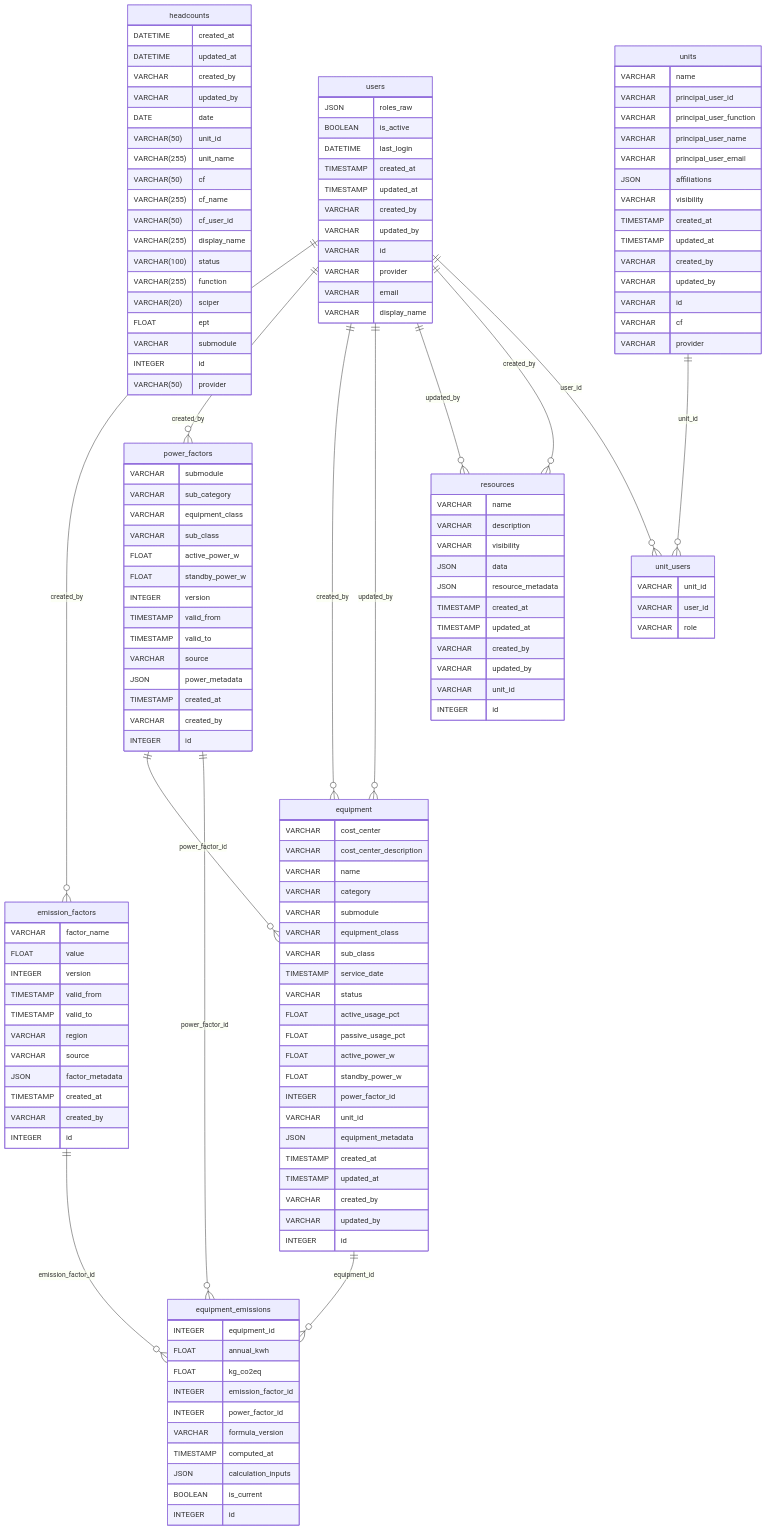
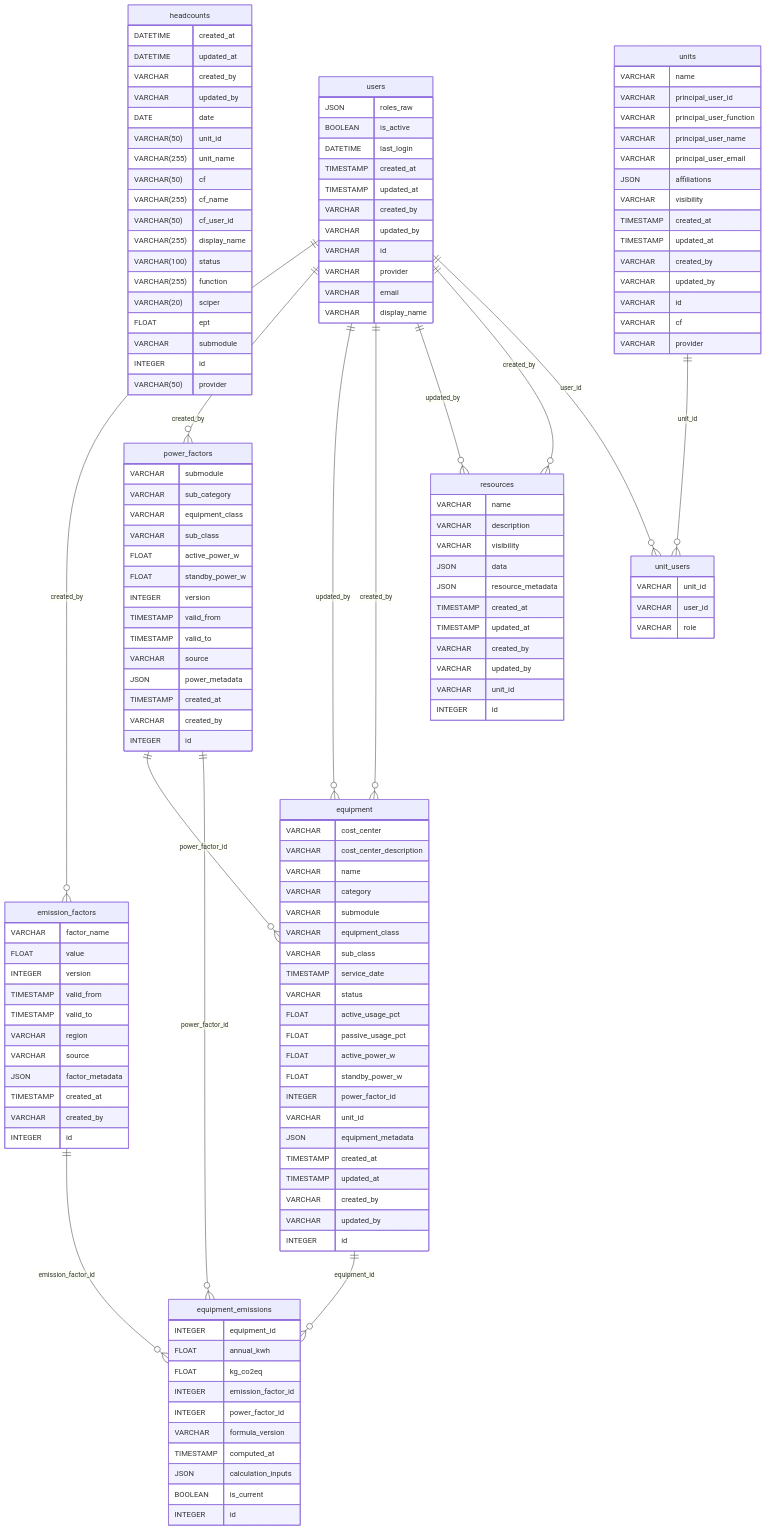
Before and after one commit to EPFL-ENAC/co2-calculator: the diagram in docs/src/database/erd.md, drawn with Mermaid. The commit also changed other lines of this file and 7 other files, not shown here.

```diff
--- a/docs/src/database/erd.md
+++ b/docs/src/database/erd.md
@@ -134,12 +135,12 @@
   }
   users ||--}o emission_factors : created_by
   users ||--}o power_factors : created_by
+  users ||--}o equipment : updated_by
+  power_factors ||--}o equipment : power_factor_id
   users ||--}o equipment : created_by
-  power_factors ||--}o equipment : power_factor_id
-  users ||--}o equipment : updated_by
   emission_factors ||--}o equipment_emissions : emission_factor_id
+  power_factors ||--}o equipment_emissions : power_factor_id
   equipment ||--}o equipment_emissions : equipment_id
-  power_factors ||--}o equipment_emissions : power_factor_id
   users ||--}o resources : updated_by
   users ||--}o resources : created_by
   users ||--}o unit_users : user_id
```
